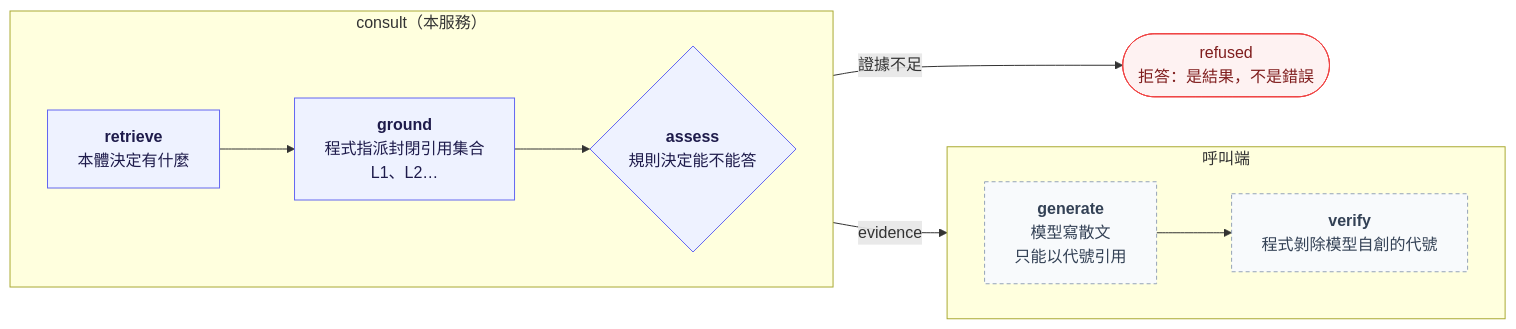
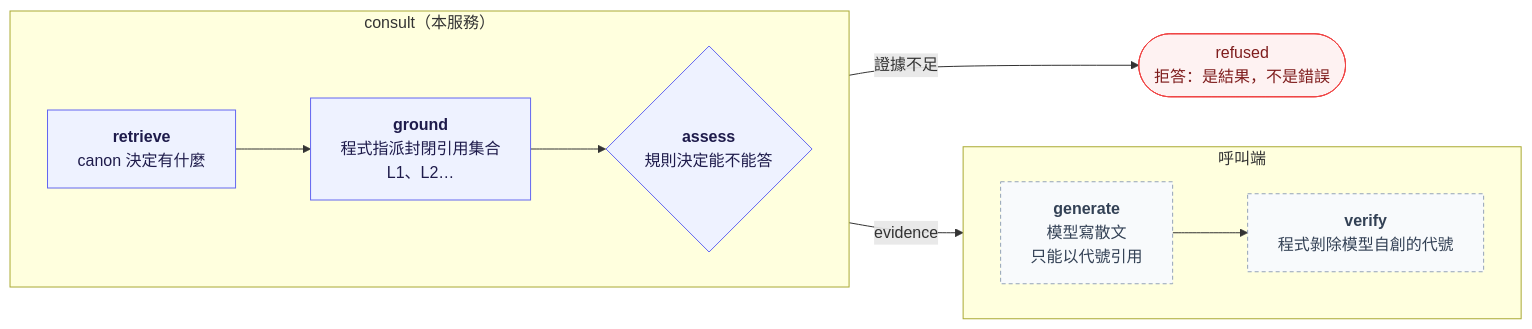
One commit to elihu0211/envcite changed the diagram in services/consult/AGENTS.md. Above: the diagram before and after it, drawn with Mermaid. The commit also changed other lines of this file and 29 other files, not shown here.

````diff
--- a/services/consult/AGENTS.md
+++ b/services/consult/AGENTS.md
@@ -14,33 +14,33 @@
 ```mermaid
 ---
 config:
   flowchart:
     curve: basis
 ---
 flowchart LR
     subgraph here["consult（本服務）"]
         direction LR
-        retrieve["<b>retrieve</b><br/>本體決定有什麼"]
+        retrieve["<b>retrieve</b><br/>canon 決定有什麼"]
         ground["<b>ground</b><br/>程式指派封閉引用集合<br/>L1、L2…"]
         assess{"<b>assess</b><br/>規則決定能不能答"}
         retrieve --> ground --> assess
     end
 
     subgraph caller["呼叫端"]
         direction LR
         generate["<b>generate</b><br/>模型寫散文<br/>只能以代號引用"]
         verify["<b>verify</b><br/>程式剝除模型自創的代號"]
         generate --> verify
     end
 
     refused(["refused<br/>拒答：是結果，不是錯誤"])
     assess -->|evidence| generate
     assess -->|證據不足| refused
 
     classDef own fill:#eef2ff,stroke:#6366f1,color:#1e1b4b
     classDef theirs fill:#f8fafc,stroke:#94a3b8,stroke-dasharray:4 3,color:#334155
     classDef stop fill:#fef2f2,stroke:#ef4444,color:#7f1d1d
     class retrieve,ground,assess own
     class generate,verify theirs
     class refused stop
 ```
````
